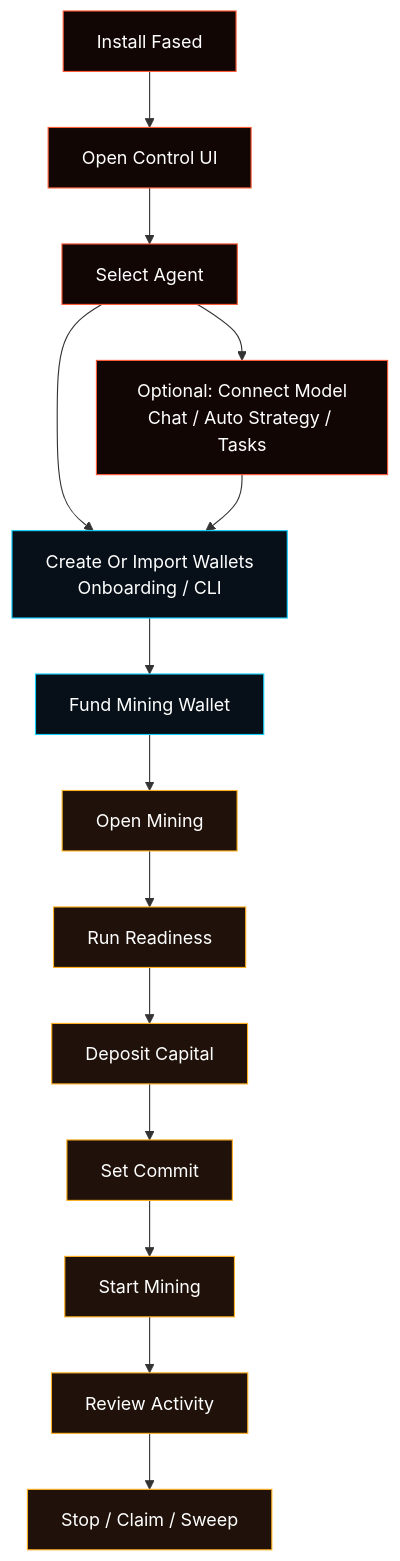
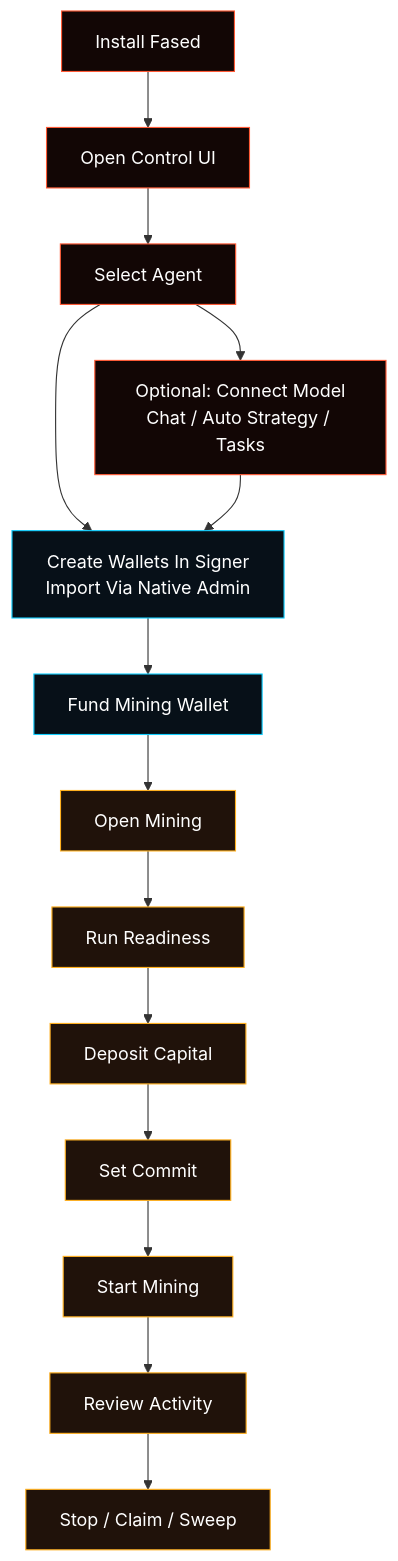
Before and after one commit to fased-ai/fased: the diagram in docs/start/agent-wallet-mining-walkthrough.md, drawn with Mermaid. The commit also changed other lines of this file and 534 other files, not shown here.

````diff
--- a/docs/start/agent-wallet-mining-walkthrough.md
+++ b/docs/start/agent-wallet-mining-walkthrough.md
@@ -25,23 +27,23 @@
 ```mermaid
 flowchart TD
   install["Install Fased"] --> open["Open Control UI"]
   open --> agent["Select Agent"]
   agent --> model["Optional: Connect Model<br/>Chat / Auto Strategy / Tasks"]
-  agent --> wallets["Create Or Import Wallets<br/>Onboarding / CLI"]
+  agent --> wallets["Create Wallets In Signer<br/>Import Via Native Admin"]
   model --> wallets
   wallets --> fund["Fund Mining Wallet"]
   fund --> mining["Open Mining"]
   mining --> ready["Run Readiness"]
   ready --> capital["Deposit Capital"]
   capital --> commit["Set Commit"]
   commit --> start["Start Mining"]
   start --> activity["Review Activity"]
   activity --> stop["Stop / Claim / Sweep"]
 
   classDef setup fill:#120605,stroke:#ff5a36,color:#ffffff;
   classDef wallet fill:#071018,stroke:#12cfff,color:#ffffff;
   classDef mining fill:#20120a,stroke:#ffb020,color:#ffffff;
   class install,open,agent,model setup;
   class wallets,fund wallet;
   class mining,ready,capital,commit,start,activity,stop mining;
 ```
````
